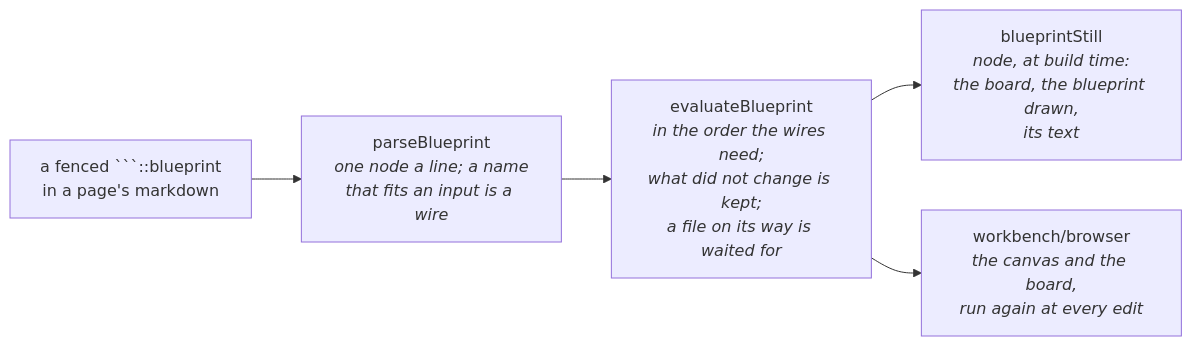
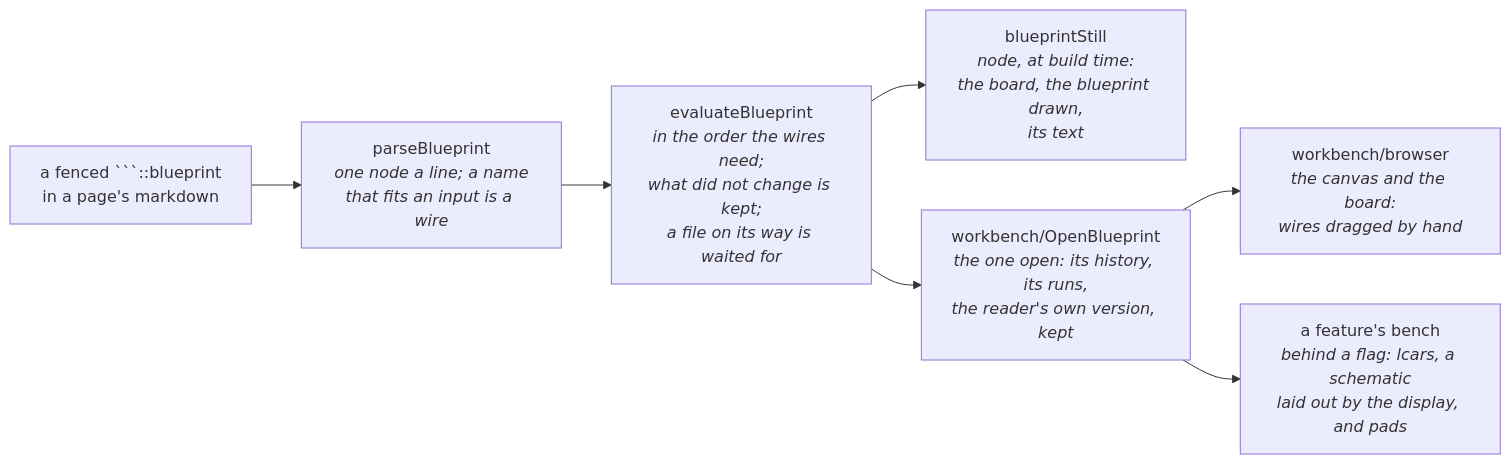
One commit to drpicox/david-rodenas.com changed the ninth of 9 diagrams in ARCHITECTURE.md. Above: the diagram before and after it, drawn with Mermaid. The commit also changed other lines of this file and 19 other files, not shown here.

````diff
--- a/ARCHITECTURE.md
+++ b/ARCHITECTURE.md
@@ -331,12 +333,16 @@
 ```mermaid
 graph LR
   text["a fenced ```::blueprint<br/>in a page's markdown"]
   parse["parseBlueprint<br/><i>one node a line; a name<br/>that fits an input is a wire</i>"]
   run["evaluateBlueprint<br/><i>in the order the wires need;<br/>what did not change is kept;<br/>a file on its way is waited for</i>"]
   still["blueprintStill<br/><i>node, at build time:<br/>the board, the blueprint drawn,<br/>its text</i>"]
-  bench["workbench/browser<br/><i>the canvas and the board,<br/>run again at every edit</i>"]
+  open["workbench/OpenBlueprint<br/><i>the one open: its history, its runs,<br/>the reader's own version, kept</i>"]
+  bench["workbench/browser<br/><i>the canvas and the board:<br/>wires dragged by hand</i>"]
+  other["a feature's bench<br/><i>behind a flag: lcars, a schematic<br/>laid out by the display, and pads</i>"]
 
   text --> parse --> run
   run --> still
-  run --> bench
+  run --> open
+  open --> bench
+  open --> other
 ```
````
